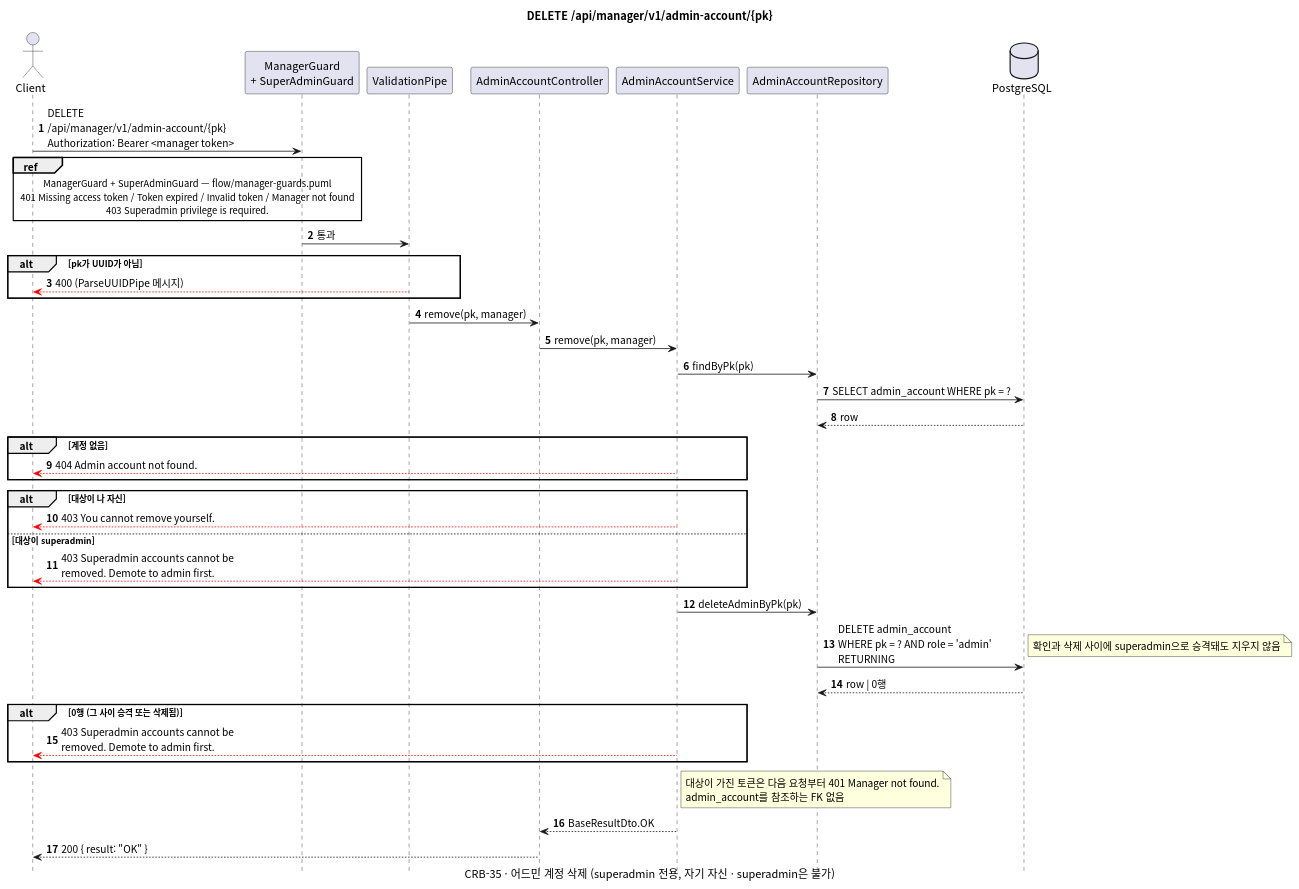
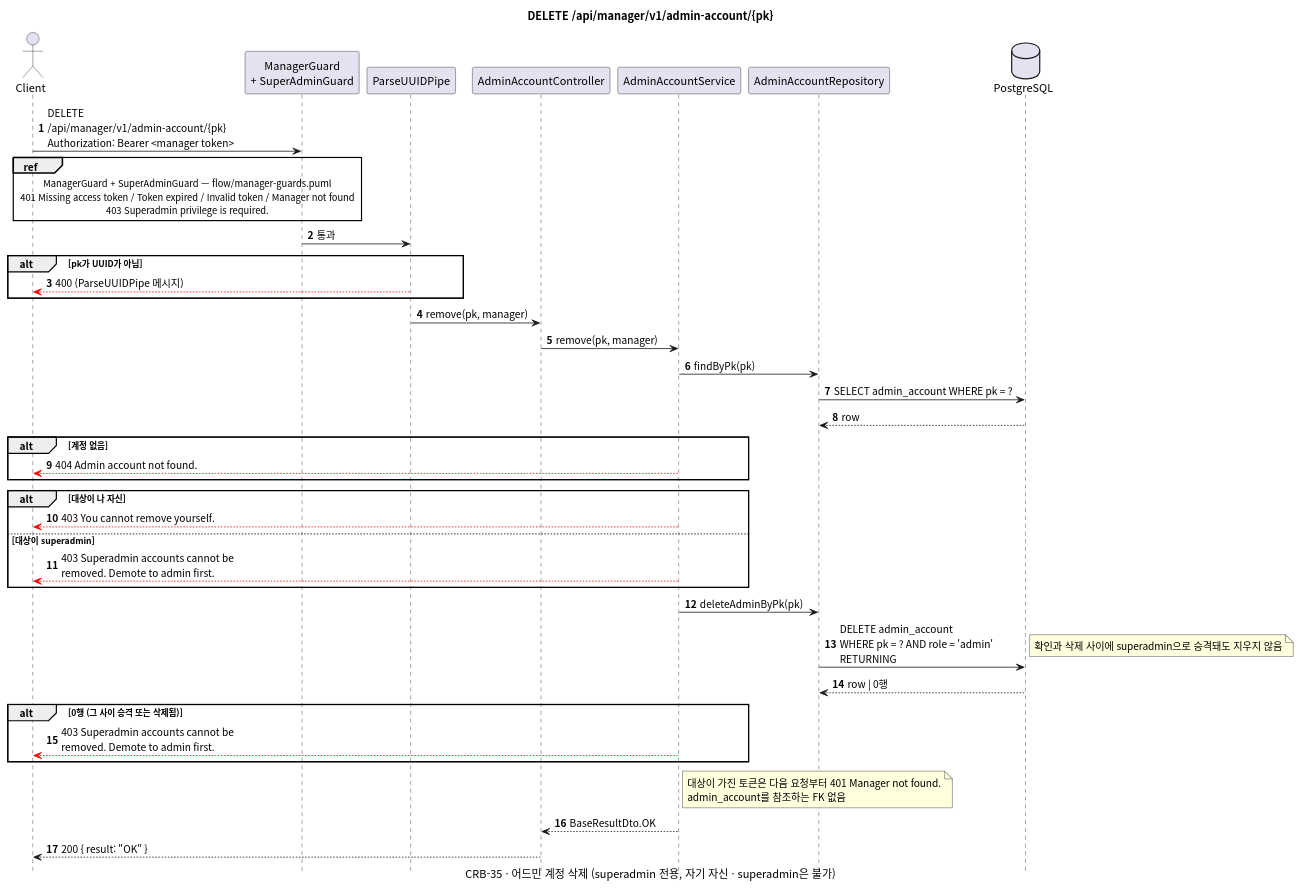
Before and after one commit to gsainfoteam/cheers-be: the diagram in docs/sequence/manager/delete-admin-account-pk.puml, drawn with PlantUML. The commit also changed 28 other files, not shown here.

Commit message:
- docs: align sequence diagrams with code (CRB-63)

```diff
--- a/docs/sequence/manager/delete-admin-account-pk.puml
+++ b/docs/sequence/manager/delete-admin-account-pk.puml
@@ -1,55 +1,55 @@
 @startuml delete-manager-admin-account-pk
 skinparam defaultFontName "Apple SD Gothic Neo", "Noto Sans CJK KR", sans-serif
 skinparam responseMessageBelowArrow true
 skinparam sequenceMessageAlign left
 skinparam maxMessageSize 260
 skinparam BoxPadding 8
 skinparam shadowing false
 autonumber
 hide footbox
 
 title DELETE /api/manager/v1/admin-account/{pk}
 caption CRB-35 · 어드민 계정 삭제 (superadmin 전용, 자기 자신 · superadmin은 불가)
 
 actor Client
 participant "ManagerGuard\n+ SuperAdminGuard" as Guard
-participant "ValidationPipe" as Pipe
+participant "ParseUUIDPipe" as Pipe
 participant "AdminAccountController" as Controller
 participant "AdminAccountService" as Service
 participant "AdminAccountRepository" as AdminAccountRepository
 database PostgreSQL
 
 Client -> Guard: DELETE /api/manager/v1/admin-account/{pk}\nAuthorization: Bearer <manager token>
 ref over Client, Guard: ManagerGuard + SuperAdminGuard — flow/manager-guards.puml\n401 Missing access token / Token expired / Invalid token / Manager not found\n403 Superadmin privilege is required.
 Guard -> Pipe: 통과
 alt pk가 UUID가 아님
   Pipe -[#red]-> Client: 400 (ParseUUIDPipe 메시지)
 end
 Pipe -> Controller: remove(pk, manager)
 Controller -> Service: remove(pk, manager)
 Service -> AdminAccountRepository: findByPk(pk)
 AdminAccountRepository -> PostgreSQL: SELECT admin_account WHERE pk = ?
 PostgreSQL --> AdminAccountRepository: row
 alt 계정 없음
   Service -[#red]-> Client: 404 Admin account not found.
 end
 alt 대상이 나 자신
   Service -[#red]-> Client: 403 You cannot remove yourself.
 else 대상이 superadmin
   Service -[#red]-> Client: 403 Superadmin accounts cannot be removed. Demote to admin first.
 end
 Service -> AdminAccountRepository: deleteAdminByPk(pk)
 AdminAccountRepository -> PostgreSQL: DELETE admin_account\nWHERE pk = ? AND role = 'admin' RETURNING
 note right: 확인과 삭제 사이에 superadmin으로 승격돼도 지우지 않음
 PostgreSQL --> AdminAccountRepository: row | 0행
 alt 0행 (그 사이 승격 또는 삭제됨)
   Service -[#red]-> Client: 403 Superadmin accounts cannot be removed. Demote to admin first.
 end
 note right of Service
   대상이 가진 토큰은 다음 요청부터 401 Manager not found.
   admin_account를 참조하는 FK 없음
 end note
 Service --> Controller: BaseResultDto.OK
 Controller --> Client: 200 { result: "OK" }
 
 @enduml
```
